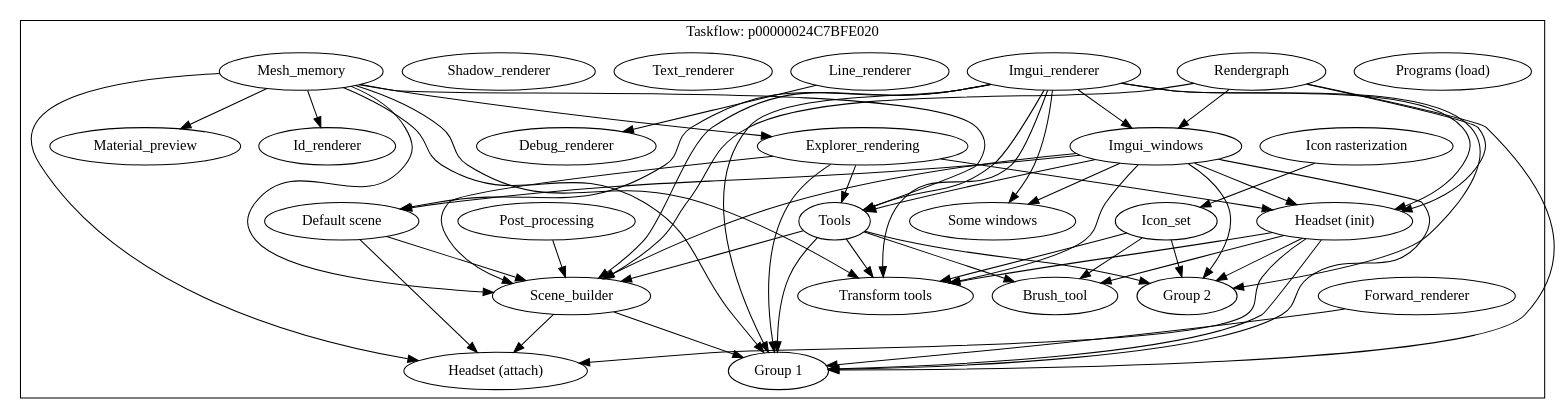
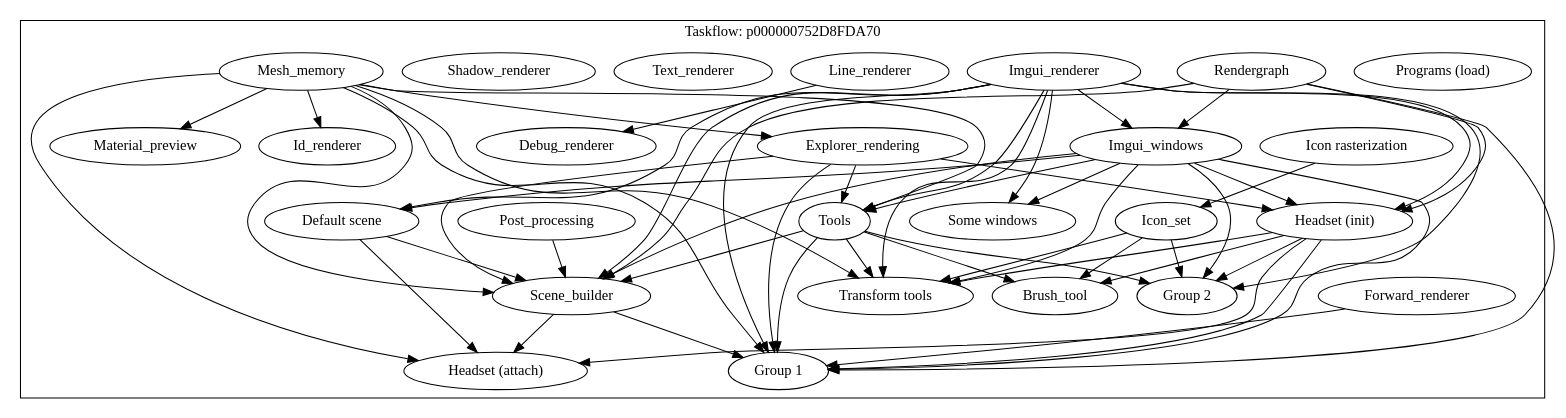
Before and after one commit to branes-ai/graph-explorer: the diagram in src/explorer/erhe_init_graph.dot, drawn with Graphviz. The commit also changed 27 other files, not shown here.

```diff
--- a/src/explorer/erhe_init_graph.dot
+++ b/src/explorer/erhe_init_graph.dot
@@ -1,85 +1,85 @@
 digraph Taskflow {
-subgraph cluster_p00000024C7BFE0A0 {
-label="Taskflow: p00000024C7BFE020";
-p00000185B7F3C8F0[label="Icon rasterization" ];
-p00000185B7F3C8F0 -> p00000185B7F3D600;
-p00000185B7F3CA20[label="Programs (load)" ];
-p00000185B7F3CB50[label="Imgui_renderer" ];
-p00000185B7F3CB50 -> p00000185B7F3D4D0;
-p00000185B7F3CB50 -> p00000185B7F3DAC0;
-p00000185B7F3CB50 -> p00000185B7F3DBF0;
-p00000185B7F3CB50 -> p00000185B7F3DD20;
-p00000185B7F3CB50 -> p00000185B7F3DE50;
-p00000185B7F3CB50 -> p00000185B7F3DF80;
-p00000185B7F3CB50 -> p00000185B7F3E1E0;
-p00000185B7F3CB50 -> p00000185B7F3E310;
-p00000185B7F3CB50 -> p00000185B7F3E6A0;
-p00000185B7F3CC80[label="Line_renderer" ];
-p00000185B7F3CC80 -> p00000185B7F3CEE0;
-p00000185B7F3CDB0[label="Rendergraph" ];
-p00000185B7F3CDB0 -> p00000185B7F3D4D0;
-p00000185B7F3CDB0 -> p00000185B7F3DE50;
-p00000185B7F3CDB0 -> p00000185B7F3DF80;
-p00000185B7F3CDB0 -> p00000185B7F3E310;
-p00000185B7F3CEE0[label="Debug_renderer" ];
-p00000185B7F3D010[label="Text_renderer" ];
-p00000185B7F3D140[label="Forward_renderer" ];
-p00000185B7F3D140 -> p00000185B7F3E310;
-p00000185B7F3D270[label="Shadow_renderer" ];
-p00000185B7F3D3A0[label="Mesh_memory" ];
-p00000185B7F3D3A0 -> p00000185B7F3D860;
-p00000185B7F3D3A0 -> p00000185B7F3D990;
-p00000185B7F3D3A0 -> p00000185B7F3DBF0;
-p00000185B7F3D3A0 -> p00000185B7F3DE50;
-p00000185B7F3D3A0 -> p00000185B7F3E0B0;
-p00000185B7F3D3A0 -> p00000185B7F3E1E0;
-p00000185B7F3D3A0 -> p00000185B7F3E310;
-p00000185B7F3D3A0 -> p00000185B7F3E440;
-p00000185B7F3D4D0[label="Imgui_windows" ];
-p00000185B7F3D4D0 -> p00000185B7F3DAC0;
-p00000185B7F3D4D0 -> p00000185B7F3DBF0;
-p00000185B7F3D4D0 -> p00000185B7F3DD20;
-p00000185B7F3D4D0 -> p00000185B7F3DE50;
-p00000185B7F3D4D0 -> p00000185B7F3DF80;
-p00000185B7F3D4D0 -> p00000185B7F3E1E0;
-p00000185B7F3D4D0 -> p00000185B7F3E310;
-p00000185B7F3D4D0 -> p00000185B7F3E6A0;
-p00000185B7F3D600[label="Icon_set" ];
-p00000185B7F3D600 -> p00000185B7F3E1E0;
-p00000185B7F3D600 -> p00000185B7F3E570;
-p00000185B7F3D600 -> p00000185B7F3E6A0;
-p00000185B7F3D730[label="Post_processing" ];
-p00000185B7F3D730 -> p00000185B7F3DE50;
-p00000185B7F3D860[label="Id_renderer" ];
-p00000185B7F3D990[label="Explorer_rendering" ];
-p00000185B7F3D990 -> p00000185B7F3DBF0;
-p00000185B7F3D990 -> p00000185B7F3DE50;
-p00000185B7F3D990 -> p00000185B7F3DF80;
-p00000185B7F3D990 -> p00000185B7F3E310;
-p00000185B7F3DAC0[label="Some windows" ];
-p00000185B7F3DBF0[label="Tools" ];
-p00000185B7F3DBF0 -> p00000185B7F3DE50;
-p00000185B7F3DBF0 -> p00000185B7F3E1E0;
-p00000185B7F3DBF0 -> p00000185B7F3E310;
-p00000185B7F3DBF0 -> p00000185B7F3E570;
-p00000185B7F3DBF0 -> p00000185B7F3E6A0;
-p00000185B7F3DD20[label="Default scene" ];
-p00000185B7F3DD20 -> p00000185B7F3DE50;
-p00000185B7F3DD20 -> p00000185B7F3E0B0;
-p00000185B7F3DE50[label="Scene_builder" ];
-p00000185B7F3DE50 -> p00000185B7F3E0B0;
-p00000185B7F3DE50 -> p00000185B7F3E310;
-p00000185B7F3DF80[label="Headset (init)" ];
-p00000185B7F3DF80 -> p00000185B7F3E0B0;
-p00000185B7F3DF80 -> p00000185B7F3E1E0;
-p00000185B7F3DF80 -> p00000185B7F3E310;
-p00000185B7F3DF80 -> p00000185B7F3E570;
-p00000185B7F3DF80 -> p00000185B7F3E6A0;
-p00000185B7F3E0B0[label="Headset (attach)" ];
-p00000185B7F3E1E0[label="Transform tools" ];
-p00000185B7F3E310[label="Group 1" ];
-p00000185B7F3E440[label="Material_preview" ];
-p00000185B7F3E570[label="Brush_tool" ];
-p00000185B7F3E6A0[label="Group 2" ];
+subgraph cluster_p000000752D8FDAF0 {
+label="Taskflow: p000000752D8FDA70";
+p00000209136195A0[label="Icon rasterization" ];
+p00000209136195A0 -> p000002091361A2B0;
+p00000209136196D0[label="Programs (load)" ];
+p0000020913619800[label="Imgui_renderer" ];
+p0000020913619800 -> p000002091361A180;
+p0000020913619800 -> p000002091361A770;
+p0000020913619800 -> p000002091361A8A0;
+p0000020913619800 -> p000002091361A9D0;
+p0000020913619800 -> p000002091361AB00;
+p0000020913619800 -> p000002091361AC30;
+p0000020913619800 -> p000002091361AE90;
+p0000020913619800 -> p000002091361AFC0;
+p0000020913619800 -> p000002091361B350;
+p0000020913619930[label="Line_renderer" ];
+p0000020913619930 -> p0000020913619B90;
+p0000020913619A60[label="Rendergraph" ];
+p0000020913619A60 -> p000002091361A180;
+p0000020913619A60 -> p000002091361AB00;
+p0000020913619A60 -> p000002091361AC30;
+p0000020913619A60 -> p000002091361AFC0;
+p0000020913619B90[label="Debug_renderer" ];
+p0000020913619CC0[label="Text_renderer" ];
+p0000020913619DF0[label="Forward_renderer" ];
+p0000020913619DF0 -> p000002091361AFC0;
+p0000020913619F20[label="Shadow_renderer" ];
+p000002091361A050[label="Mesh_memory" ];
+p000002091361A050 -> p000002091361A510;
+p000002091361A050 -> p000002091361A640;
+p000002091361A050 -> p000002091361A8A0;
+p000002091361A050 -> p000002091361AB00;
+p000002091361A050 -> p000002091361AD60;
+p000002091361A050 -> p000002091361AE90;
+p000002091361A050 -> p000002091361AFC0;
+p000002091361A050 -> p000002091361B0F0;
+p000002091361A180[label="Imgui_windows" ];
+p000002091361A180 -> p000002091361A770;
+p000002091361A180 -> p000002091361A8A0;
+p000002091361A180 -> p000002091361A9D0;
+p000002091361A180 -> p000002091361AB00;
+p000002091361A180 -> p000002091361AC30;
+p000002091361A180 -> p000002091361AE90;
+p000002091361A180 -> p000002091361AFC0;
+p000002091361A180 -> p000002091361B350;
+p000002091361A2B0[label="Icon_set" ];
+p000002091361A2B0 -> p000002091361AE90;
+p000002091361A2B0 -> p000002091361B220;
+p000002091361A2B0 -> p000002091361B350;
+p000002091361A3E0[label="Post_processing" ];
+p000002091361A3E0 -> p000002091361AB00;
+p000002091361A510[label="Id_renderer" ];
+p000002091361A640[label="Explorer_rendering" ];
+p000002091361A640 -> p000002091361A8A0;
+p000002091361A640 -> p000002091361AB00;
+p000002091361A640 -> p000002091361AC30;
+p000002091361A640 -> p000002091361AFC0;
+p000002091361A770[label="Some windows" ];
+p000002091361A8A0[label="Tools" ];
+p000002091361A8A0 -> p000002091361AB00;
+p000002091361A8A0 -> p000002091361AE90;
+p000002091361A8A0 -> p000002091361AFC0;
+p000002091361A8A0 -> p000002091361B220;
+p000002091361A8A0 -> p000002091361B350;
+p000002091361A9D0[label="Default scene" ];
+p000002091361A9D0 -> p000002091361AB00;
+p000002091361A9D0 -> p000002091361AD60;
+p000002091361AB00[label="Scene_builder" ];
+p000002091361AB00 -> p000002091361AD60;
+p000002091361AB00 -> p000002091361AFC0;
+p000002091361AC30[label="Headset (init)" ];
+p000002091361AC30 -> p000002091361AD60;
+p000002091361AC30 -> p000002091361AE90;
+p000002091361AC30 -> p000002091361AFC0;
+p000002091361AC30 -> p000002091361B220;
+p000002091361AC30 -> p000002091361B350;
+p000002091361AD60[label="Headset (attach)" ];
+p000002091361AE90[label="Transform tools" ];
+p000002091361AFC0[label="Group 1" ];
+p000002091361B0F0[label="Material_preview" ];
+p000002091361B220[label="Brush_tool" ];
+p000002091361B350[label="Group 2" ];
 }
 }
```
